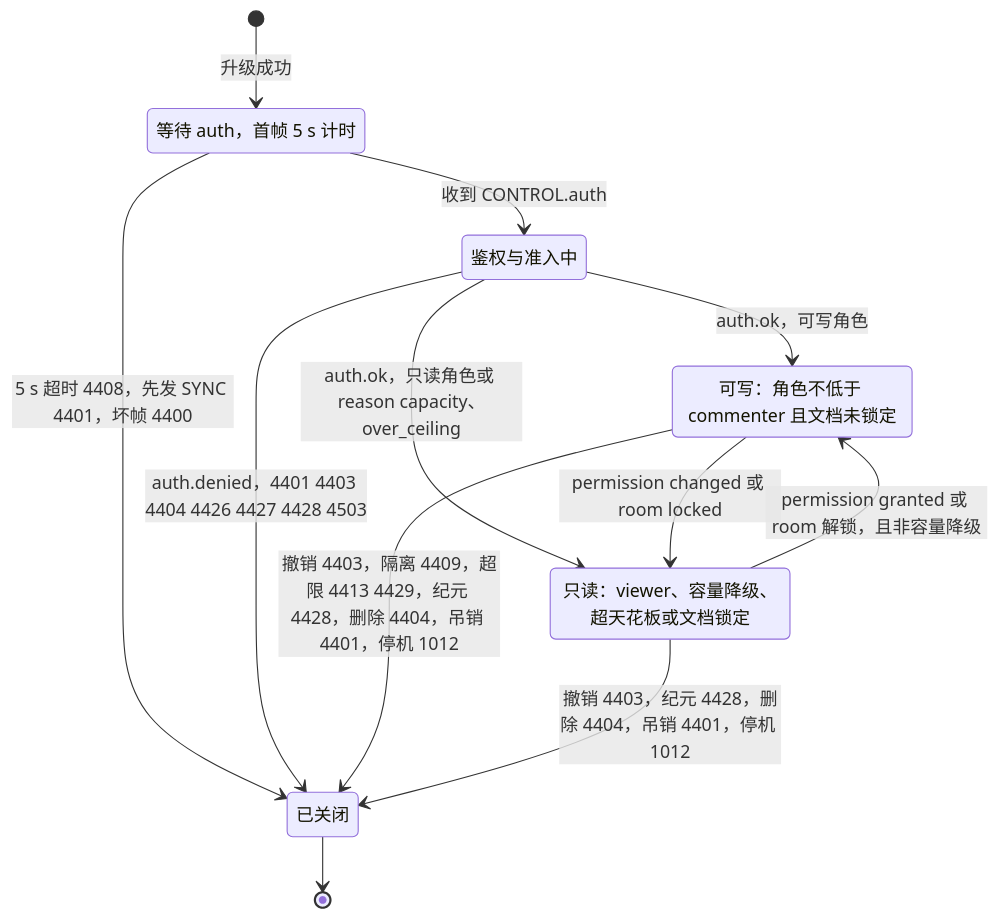
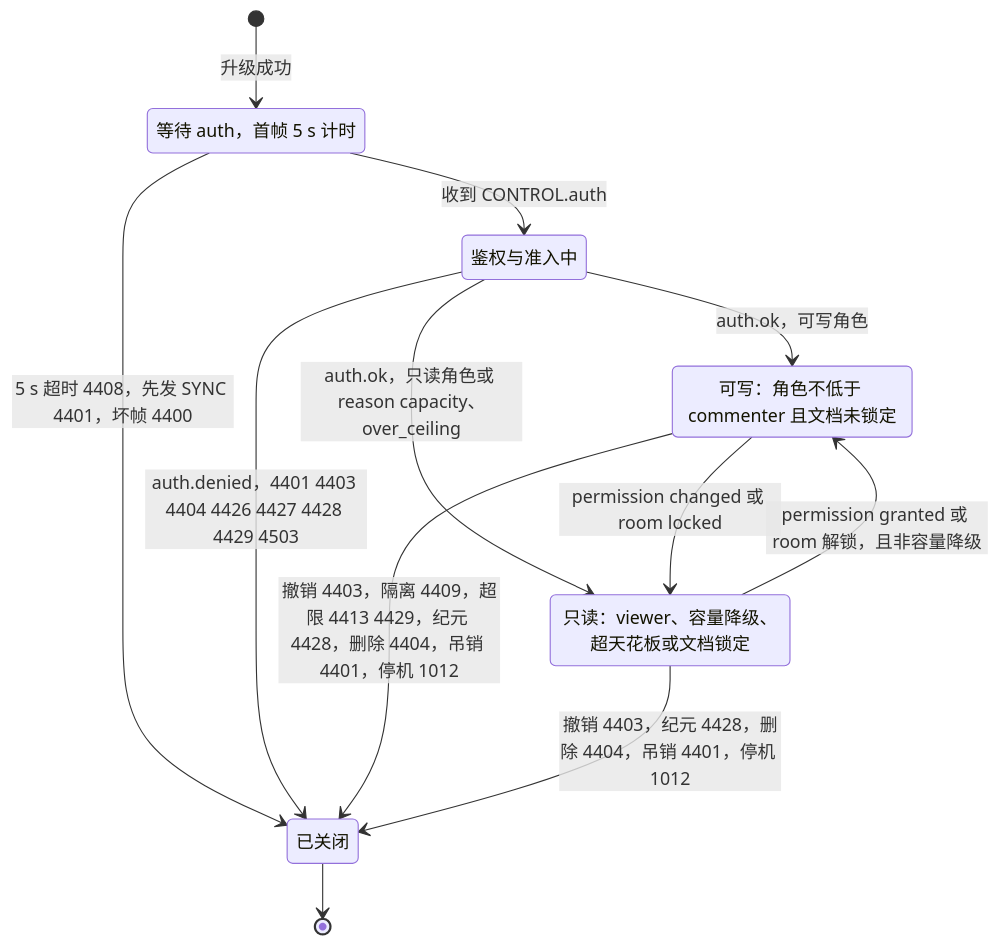
Before and after one commit to Xeonice/cordis-ppt-editor: the second of 4 diagrams in docs/60-backend/16-ws-protocol-server-view.md, drawn with Mermaid. The commit also changed other lines of this file and 17 other files, not shown here.

````diff
--- a/docs/60-backend/16-ws-protocol-server-view.md
+++ b/docs/60-backend/16-ws-protocol-server-view.md
@@ -92,19 +98,19 @@
 ```mermaid
 stateDiagram-v2
   state "等待 auth，首帧 5 s 计时" as awaiting
   state "鉴权与准入中" as admitting
   state "可写：角色不低于 commenter 且文档未锁定" as writer
   state "只读：viewer、容量降级、超天花板或文档锁定" as readonly
   state "已关闭" as closed
   [*] --> awaiting: 升级成功
   awaiting --> closed: 5 s 超时 4408，先发 SYNC 4401，坏帧 4400
   awaiting --> admitting: 收到 CONTROL.auth
-  admitting --> closed: auth.denied，4401 4403 4404 4426 4427 4428 4503
+  admitting --> closed: auth.denied，4401 4403 4404 4426 4427 4428 4429 4503
   admitting --> writer: auth.ok，可写角色
   admitting --> readonly: auth.ok，只读角色或 reason capacity、over_ceiling
   writer --> readonly: permission changed 或 room locked
   readonly --> writer: permission granted 或 room 解锁，且非容量降级
   writer --> closed: 撤销 4403，隔离 4409，超限 4413 4429，纪元 4428，删除 4404，吊销 4401，停机 1012
   readonly --> closed: 撤销 4403，纪元 4428，删除 4404，吊销 4401，停机 1012
   closed --> [*]
 ```
````
